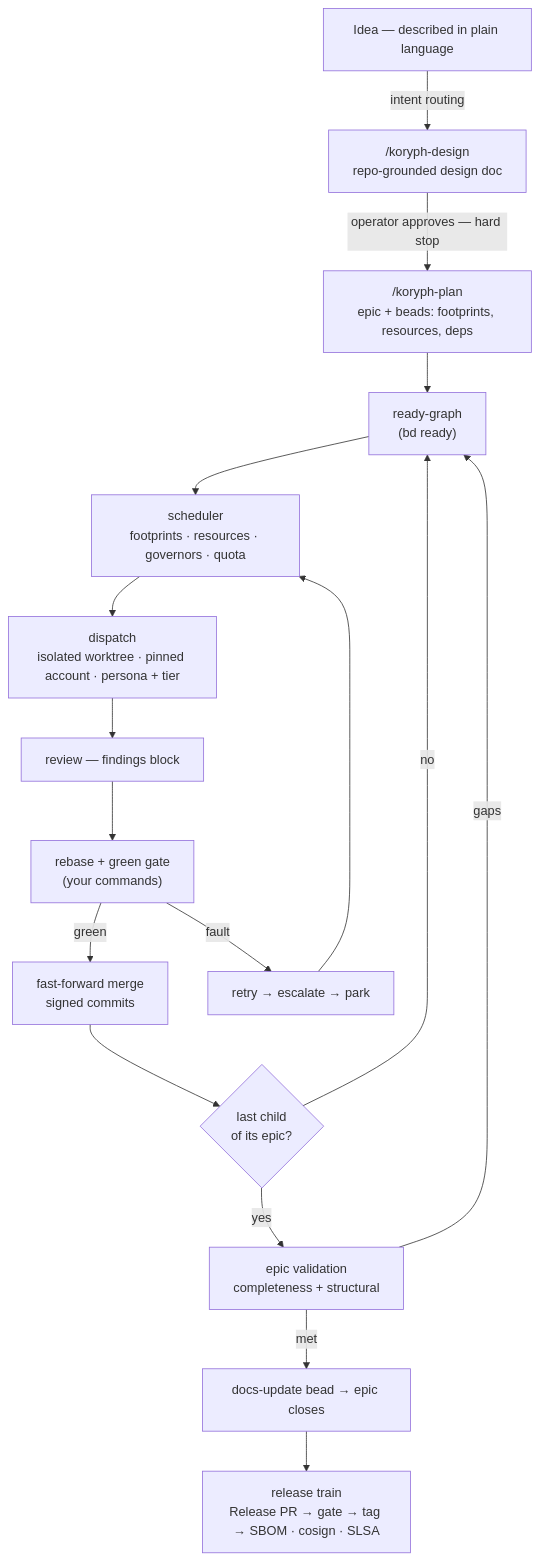
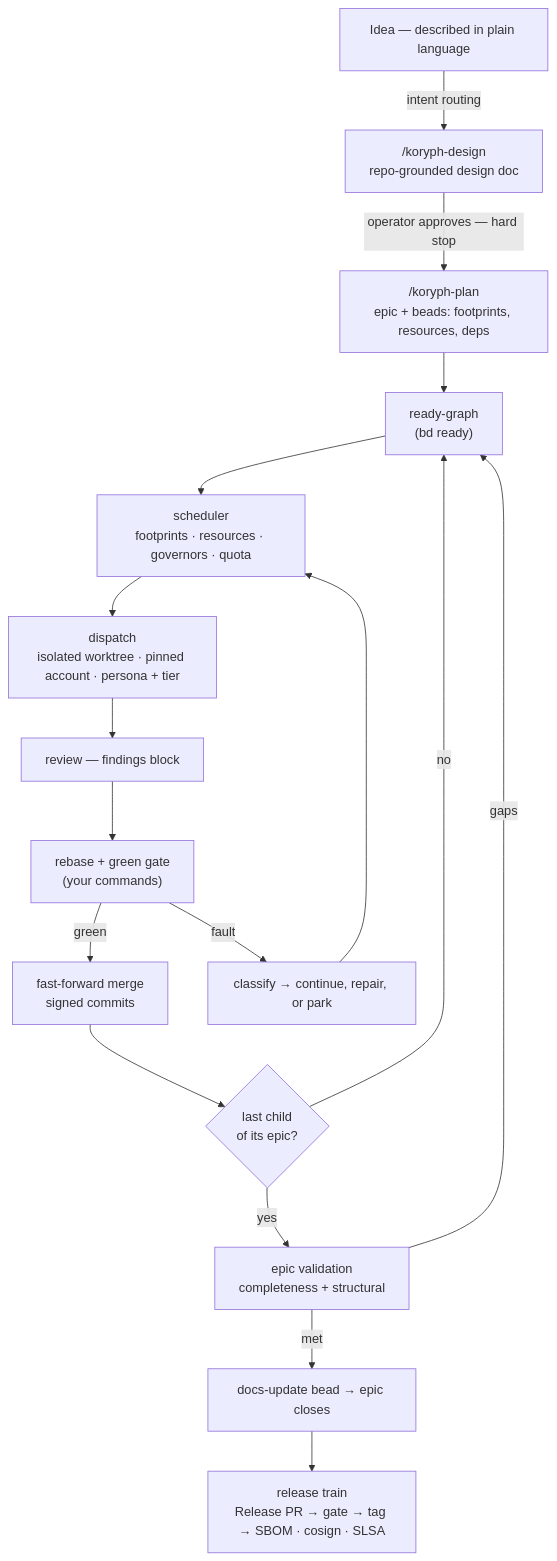
The diagram in docs/concepts/lifecycle.md (koryph/koryph), drawn with Mermaid before and after one commit. The commit also changed other lines of this file and 84 other files, not shown here.

````diff
--- a/docs/concepts/lifecycle.md
+++ b/docs/concepts/lifecycle.md
@@ -14,19 +14,19 @@
 ```mermaid
 flowchart TD
     A["Idea — described in plain language"] -->|"intent routing"| B["/koryph-design<br/>repo-grounded design doc"]
     B -->|"operator approves — hard stop"| C["/koryph-plan<br/>epic + beads: footprints, resources, deps"]
     C --> D["ready-graph<br/>(bd ready)"]
     D --> E["scheduler<br/>footprints · resources · governors · quota"]
     E --> F["dispatch<br/>isolated worktree · pinned account · persona + tier"]
     F --> G["review — findings block"]
     G --> H["rebase + green gate<br/>(your commands)"]
     H -->|"green"| I["fast-forward merge<br/>signed commits"]
-    H -->|"fault"| R["retry → escalate → park"]
+    H -->|"fault"| R["classify → continue, repair, or park"]
     R --> E
     I --> J{"last child<br/>of its epic?"}
     J -->|"no"| D
     J -->|"yes"| K["epic validation<br/>completeness + structural"]
     K -->|"gaps"| D
     K -->|"met"| L["docs-update bead → epic closes"]
     L --> M["release train<br/>Release PR → gate → tag → SBOM · cosign · SLSA"]
 ```
````
